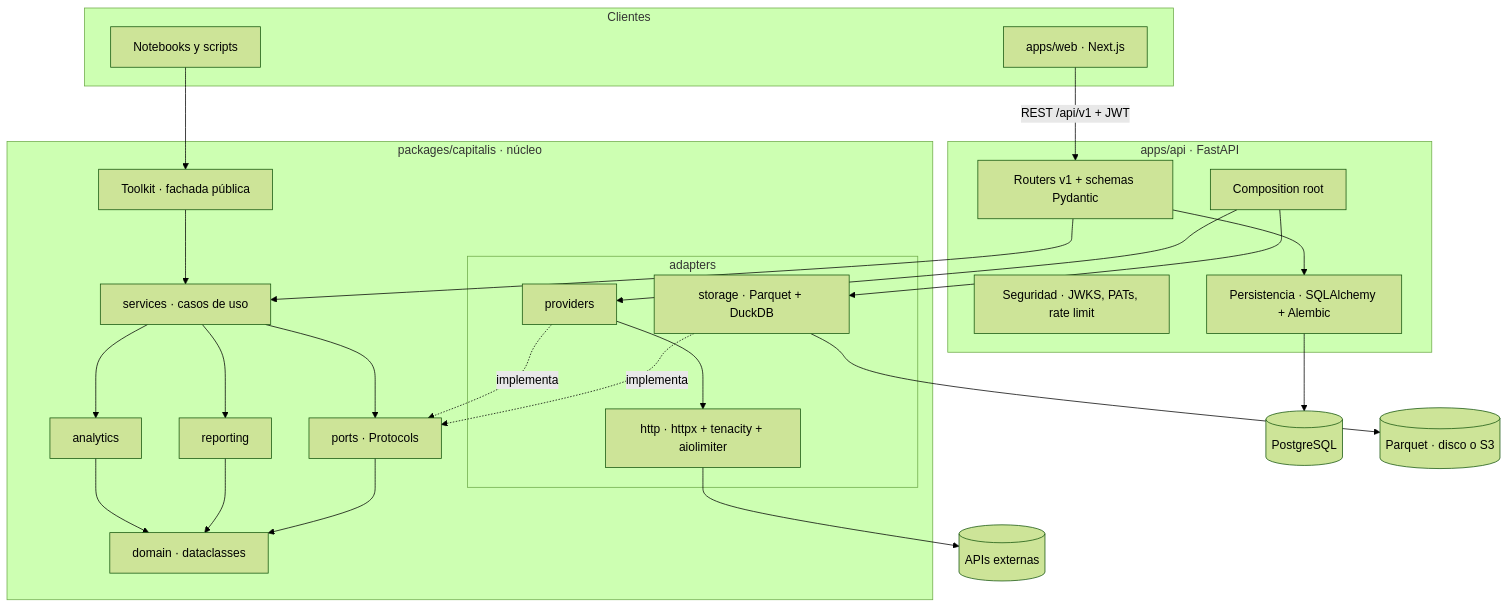
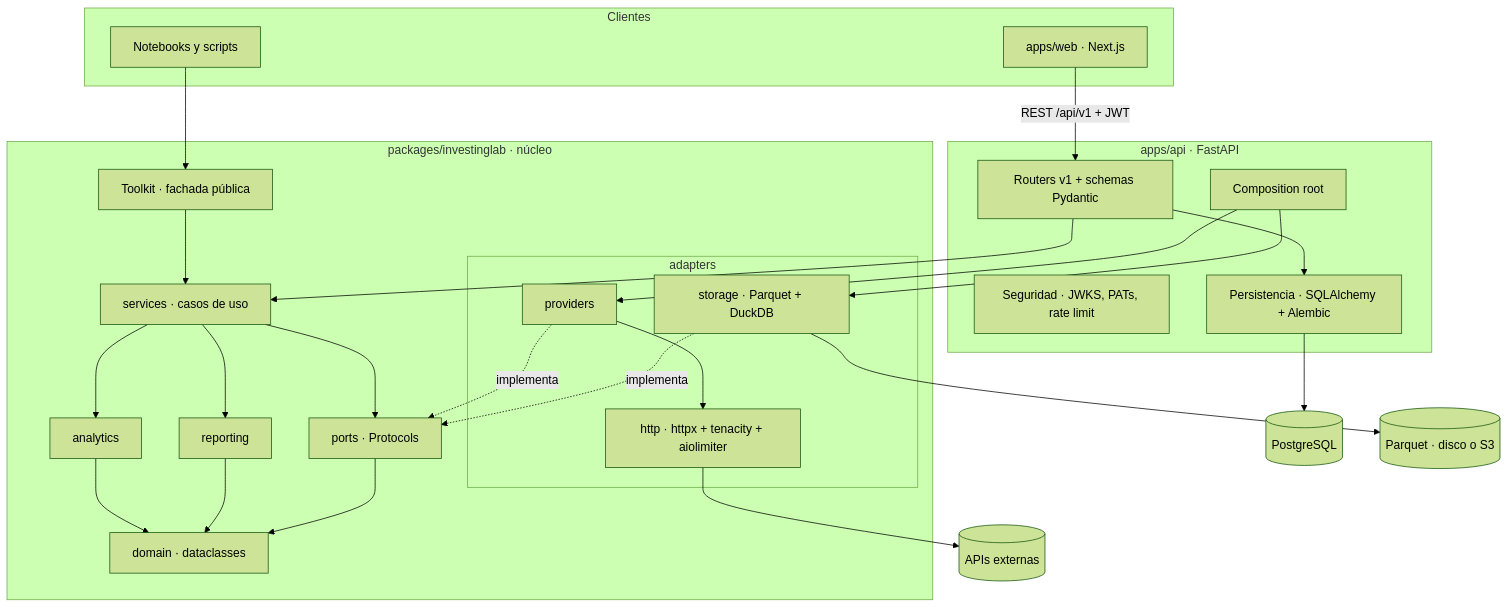
Before and after one commit to JAVIIFDEEZ/Finances: the first of 2 diagrams in docs/plan/plan-maestro.md, drawn with Mermaid (forest theme). The commit also changed other lines of this file, not shown here.

First line of the commit message:
docs(plan): approve master plan as InvestingLab roadmap

````diff
--- a/docs/plan/plan-maestro.md
+++ b/docs/plan/plan-maestro.md
@@ -126,51 +129,51 @@
 ```mermaid
 flowchart TB
     subgraph clients[Clientes]
         NB[Notebooks y scripts]
         WEB[apps/web · Next.js]
     end
 
     subgraph api[apps/api · FastAPI]
         ROUTERS[Routers v1 + schemas Pydantic]
         SECURITY[Seguridad · JWKS, PATs, rate limit]
         PERSIST[Persistencia · SQLAlchemy + Alembic]
         ROOT[Composition root]
     end
 
-    subgraph core[packages/capitalis · núcleo]
+    subgraph core[packages/investinglab · núcleo]
         FACADE[Toolkit · fachada pública]
         SERVICES[services · casos de uso]
         ANALYTICS[analytics]
         REPORTING[reporting]
         PORTS[ports · Protocols]
         DOMAIN[domain · dataclasses]
         subgraph adapters[adapters]
             PROVIDERS[providers]
             STORAGE[storage · Parquet + DuckDB]
             HTTPX[http · httpx + tenacity + aiolimiter]
         end
     end
 
     EXT[(APIs externas)]
     PG[(PostgreSQL)]
     PQ[(Parquet · disco o S3)]
 
     WEB -->|REST /api/v1 + JWT| ROUTERS
     NB --> FACADE
     ROUTERS --> SERVICES
     ROUTERS --> PERSIST
     ROOT --> PROVIDERS
     ROOT --> STORAGE
     FACADE --> SERVICES
     SERVICES --> PORTS
     SERVICES --> ANALYTICS
     SERVICES --> REPORTING
     ANALYTICS --> DOMAIN
     REPORTING --> DOMAIN
     PORTS --> DOMAIN
     PROVIDERS -.implementa.-> PORTS
     STORAGE -.implementa.-> PORTS
     PROVIDERS --> HTTPX --> EXT
     STORAGE --> PQ
     PERSIST --> PG
 ```
````
